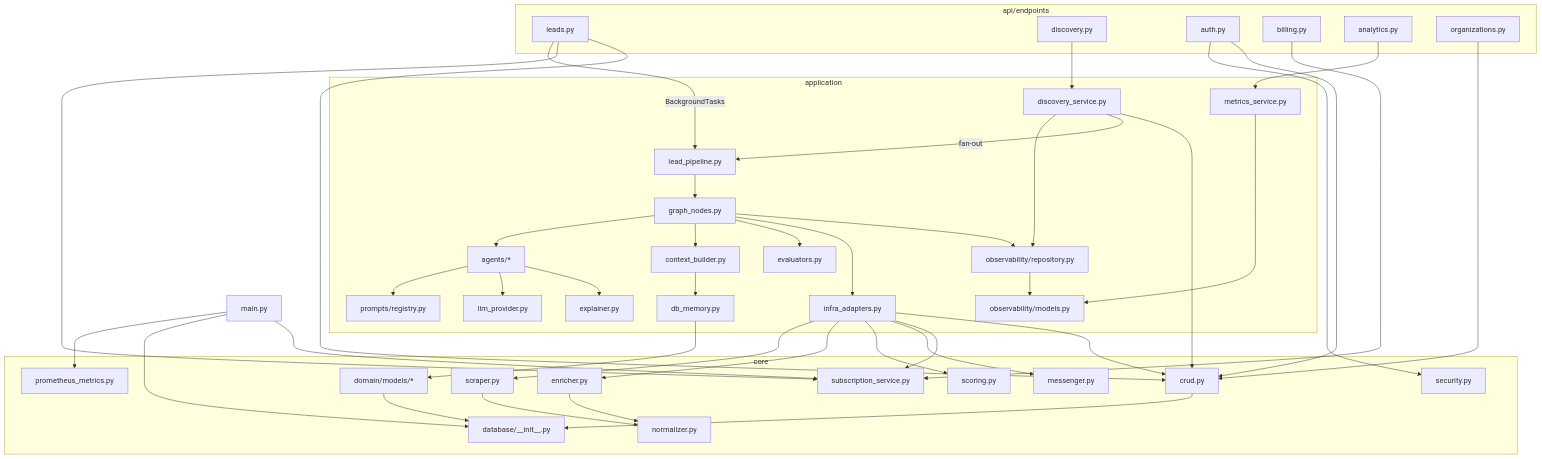
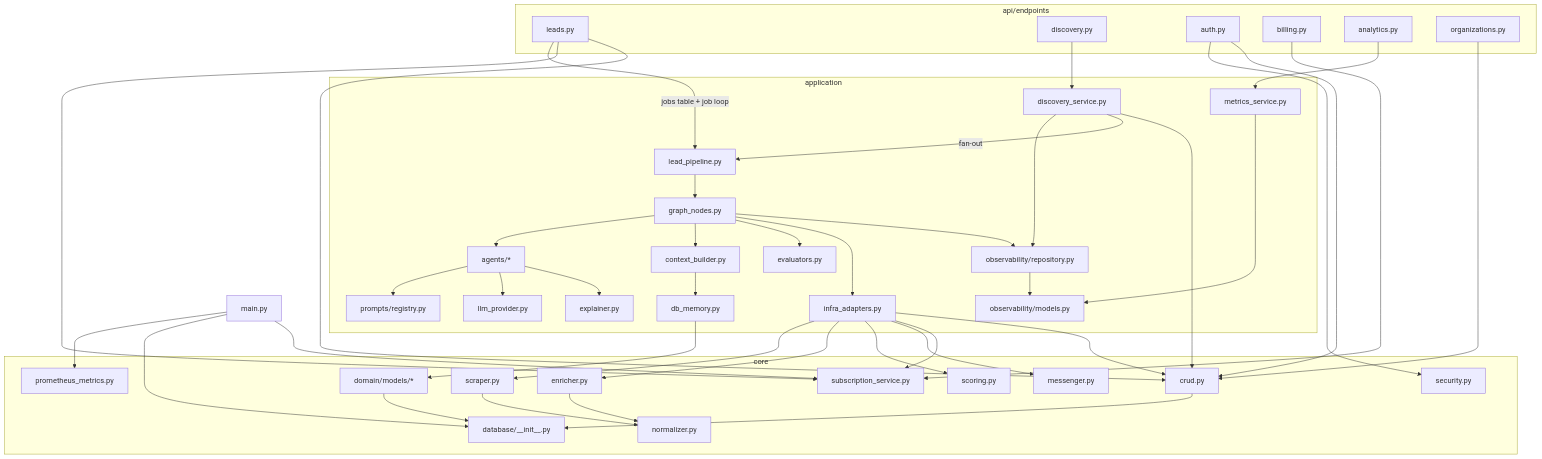
Before and after one commit to anupamkr1708/LeadBoost-saas: diagram 16 of 16 in backend/docs/ARCHITECTURE_FULL.md, drawn with Mermaid. The commit also changed other lines of this file and 23 other files, not shown here.

Commit message:
docs: document LeadBoost architecture and Mailer integration

````diff
--- a/backend/docs/ARCHITECTURE_FULL.md
+++ b/backend/docs/ARCHITECTURE_FULL.md
@@ -1414,46 +1423,46 @@
 ```mermaid
 graph TB
     subgraph "api/endpoints"
         LEADS[leads.py] & DISC[discovery.py] & AUTHE[auth.py] & BILLE[billing.py] & ANAE[analytics.py] & ORGE[organizations.py]
     end
 
     subgraph application
         DSVC[discovery_service.py]
         LPIPE[lead_pipeline.py] --> GNODES[graph_nodes.py]
         GNODES --> AGB[agents/*] --> PREG[prompts/registry.py]
         AGB --> LLMP[llm_provider.py]
         AGB --> EXPL[explainer.py]
         GNODES --> CTX[context_builder.py] --> MEMI[db_memory.py]
         GNODES --> EVAL[evaluators.py]
         GNODES --> ADAPT[infra_adapters.py]
         GNODES --> OREPO[observability/repository.py]
         DSVC --> OREPO
         OREPO --> OMOD[observability/models.py]
         MSVC[metrics_service.py] --> OMOD
     end
 
     subgraph core
         SCORE[scoring.py]
         SCRAPER[scraper.py] --> NORM[normalizer.py]
         ENRICHER[enricher.py] --> NORM
         MSGR[messenger.py]
         SUBSVC[subscription_service.py]
         SEC[security.py]
         CRUD[crud.py] --> DBENG[database/__init__.py]
         MODELS[domain/models/*] --> DBENG
         PROMM[prometheus_metrics.py]
     end
 
     DISC --> DSVC
     DSVC -->|fan-out| LPIPE
-    LEADS -->|BackgroundTasks| LPIPE
+    LEADS -->|jobs table + job loop| LPIPE
     LEADS --> SUBSVC & CRUD
     AUTHE --> SEC & CRUD
     BILLE --> SUBSVC
     ANAE --> MSVC
     ORGE --> CRUD
     ADAPT --> SCRAPER & ENRICHER & SCORE & MSGR & SUBSVC & CRUD
     DSVC --> CRUD
     MEMI --> MODELS
     MAIN[main.py] --> PROMM & DBENG & SUBSVC
 ```
````
